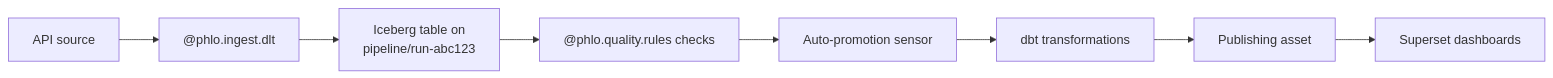
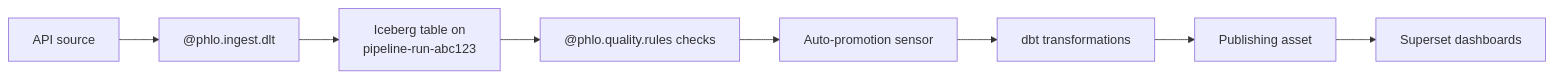
Before and after one commit to iamgp/phlo: the fourth of 4 diagrams in docs/getting-started/core-concepts.md, drawn with Mermaid. The commit also changed other lines of this file and 33 other files, not shown here.

````diff
--- a/docs/getting-started/core-concepts.md
+++ b/docs/getting-started/core-concepts.md
@@ -552,13 +550,13 @@
 ```mermaid
 flowchart LR
     source[API source]
     ingest["@phlo.ingest.dlt"]
-    branch["Iceberg table on<br/>pipeline/run-abc123"]
+    branch["Iceberg table on<br/>pipeline-run-abc123"]
     quality["@phlo.quality.rules checks"]
     promote[Auto-promotion sensor]
     dbt[dbt transformations]
     publish[Publishing asset]
     dashboards[Superset dashboards]
 
     source --> ingest --> branch --> quality --> promote --> dbt --> publish --> dashboards
 ```
````
